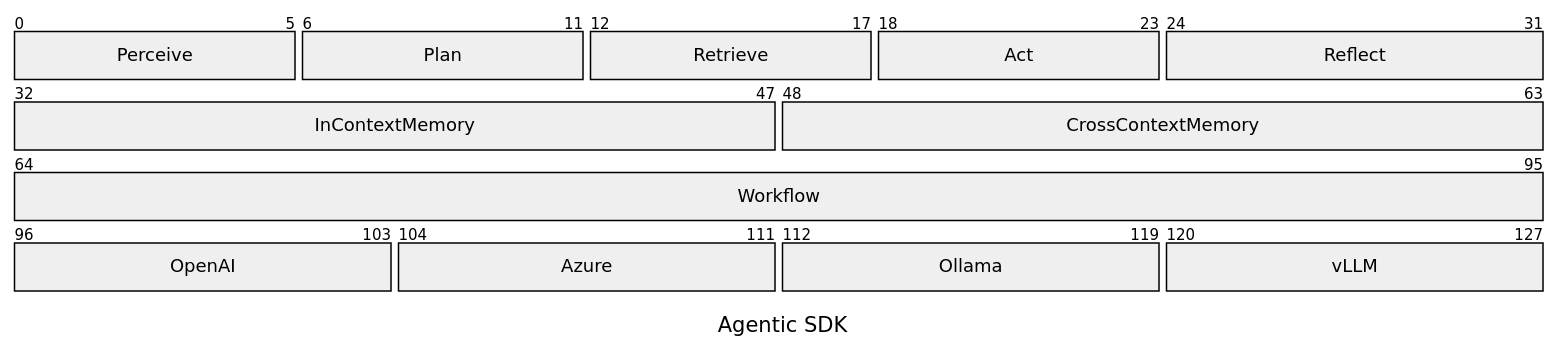
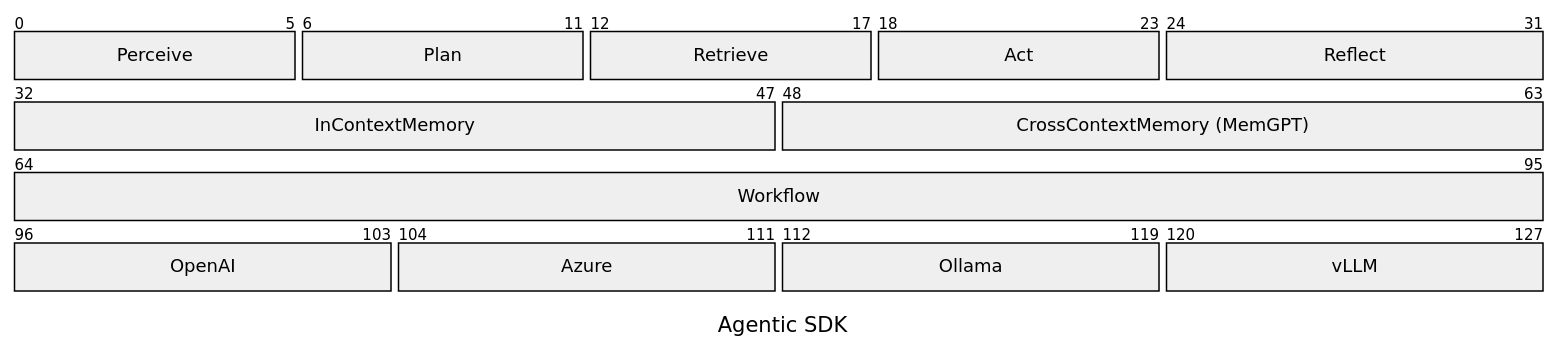
The first of 2 diagrams in profile/README.md (MarkovChenITRI/.github), drawn with Mermaid before and after one commit.

````diff
--- a/profile/README.md
+++ b/profile/README.md
@@ -25,18 +25,18 @@
 ```mermaid
 ---
 title: Agentic SDK
 ---
 packet
 0-5: "Perceive"
 6-11: "Plan"
 12-17: "Retrieve"
 18-23: "Act"
 24-31: "Reflect"
 32-47: "InContextMemory"
-48-63: "CrossContextMemory"
+48-63: "CrossContextMemory (MemGPT)"
 64-95: "Workflow"
 96-103: "OpenAI"
 104-111: "Azure"
 112-119: "Ollama"
 120-127: "vLLM"
 ```
````
